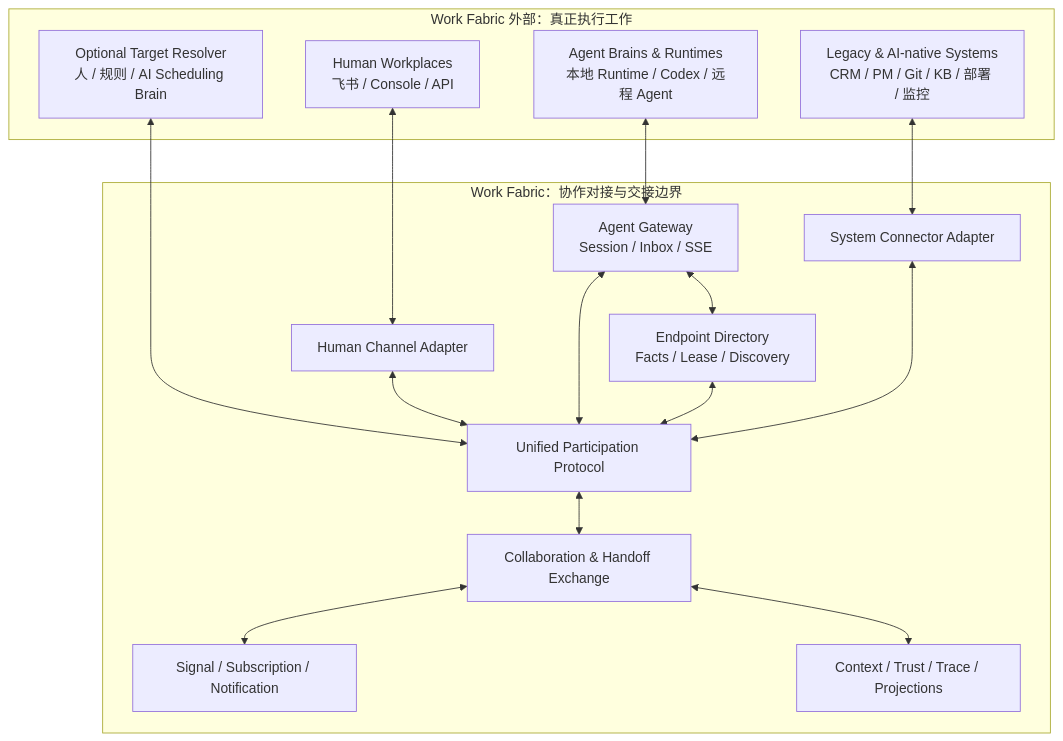
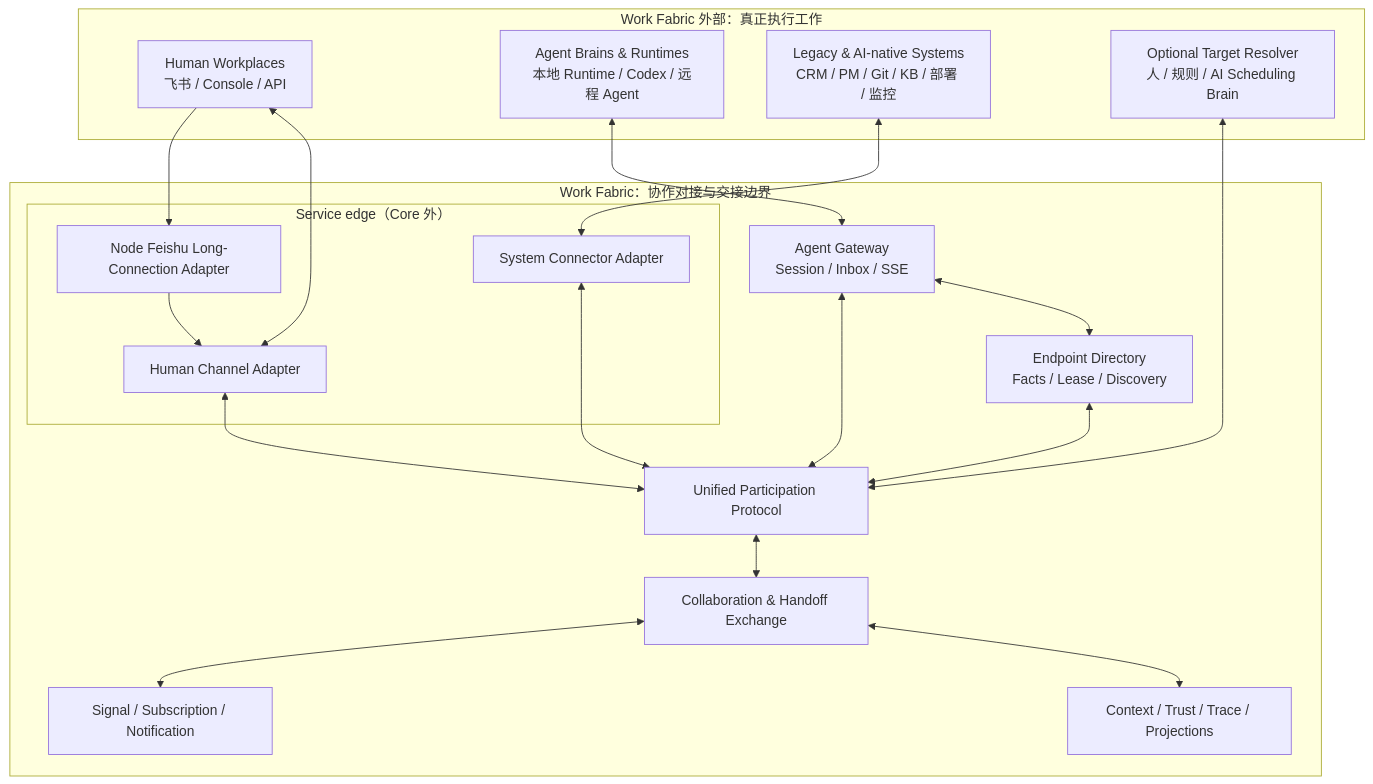
The first of 8 diagrams in docs/architecture.md (AgentEra/work-fabric), drawn with Mermaid before and after one commit. The commit also changed other lines of this file and 7 other files, not shown here.

Commit message:
docs(feishu): document local long connection operation

````diff
--- a/docs/architecture.md
+++ b/docs/architecture.md
@@ -61,33 +61,37 @@
 ```mermaid
 flowchart TB
     subgraph External["Work Fabric 外部：真正执行工作"]
         Human["Human Workplaces<br/>飞书 / Console / API"]
         Agent["Agent Brains & Runtimes<br/>本地 Runtime / Codex / 远程 Agent"]
         System["Legacy & AI-native Systems<br/>CRM / PM / Git / KB / 部署 / 监控"]
         Resolver["Optional Target Resolver<br/>人 / 规则 / AI Scheduling Brain"]
     end
 
     subgraph Fabric["Work Fabric：协作对接与交接边界"]
-        HumanAdapter["Human Channel Adapter"]
+        subgraph ServiceEdge["Service edge（Core 外）"]
+            NodeFeishuAdapter["Node Feishu Long-Connection Adapter"]
+            HumanAdapter["Human Channel Adapter"]
+            Connector["System Connector Adapter"]
+        end
         AgentGateway["Agent Gateway<br/>Session / Inbox / SSE"]
         Directory["Endpoint Directory<br/>Facts / Lease / Discovery"]
-        Connector["System Connector Adapter"]
         Protocol["Unified Participation Protocol"]
         Exchange["Collaboration & Handoff Exchange"]
         Signal["Signal / Subscription / Notification"]
         Support["Context / Trust / Trace / Projections"]
     end
 
+    Human --> NodeFeishuAdapter --> HumanAdapter
     Human <--> HumanAdapter
     Agent <--> AgentGateway
     System <--> Connector
     Resolver <--> Protocol
     HumanAdapter <--> Protocol
     AgentGateway <--> Protocol
     AgentGateway <--> Directory
     Directory <--> Protocol
     Connector <--> Protocol
     Protocol <--> Exchange
     Exchange <--> Signal
     Exchange <--> Support
 ```
````
